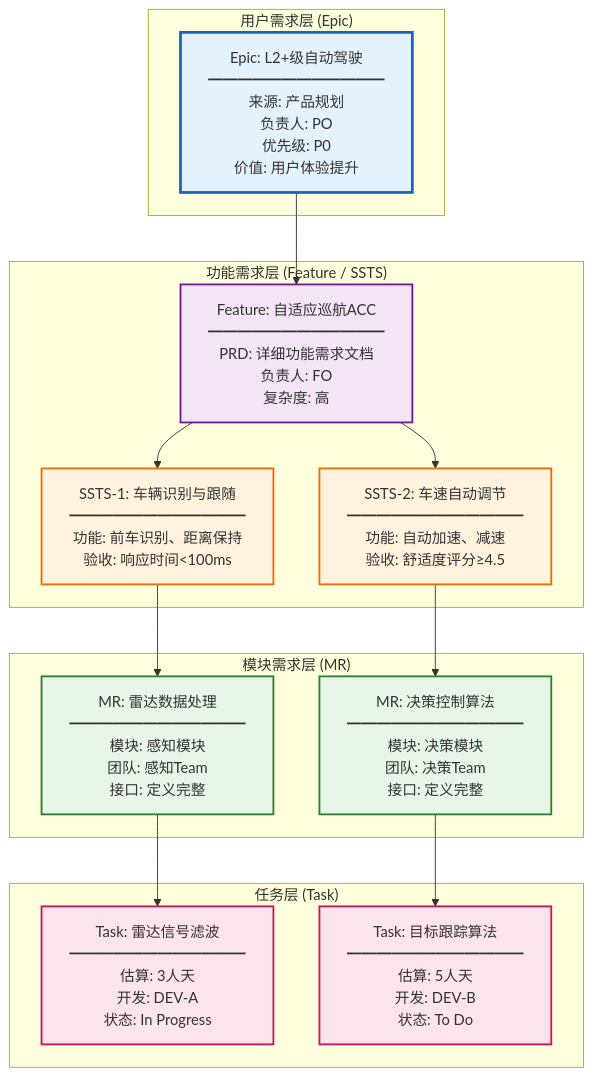
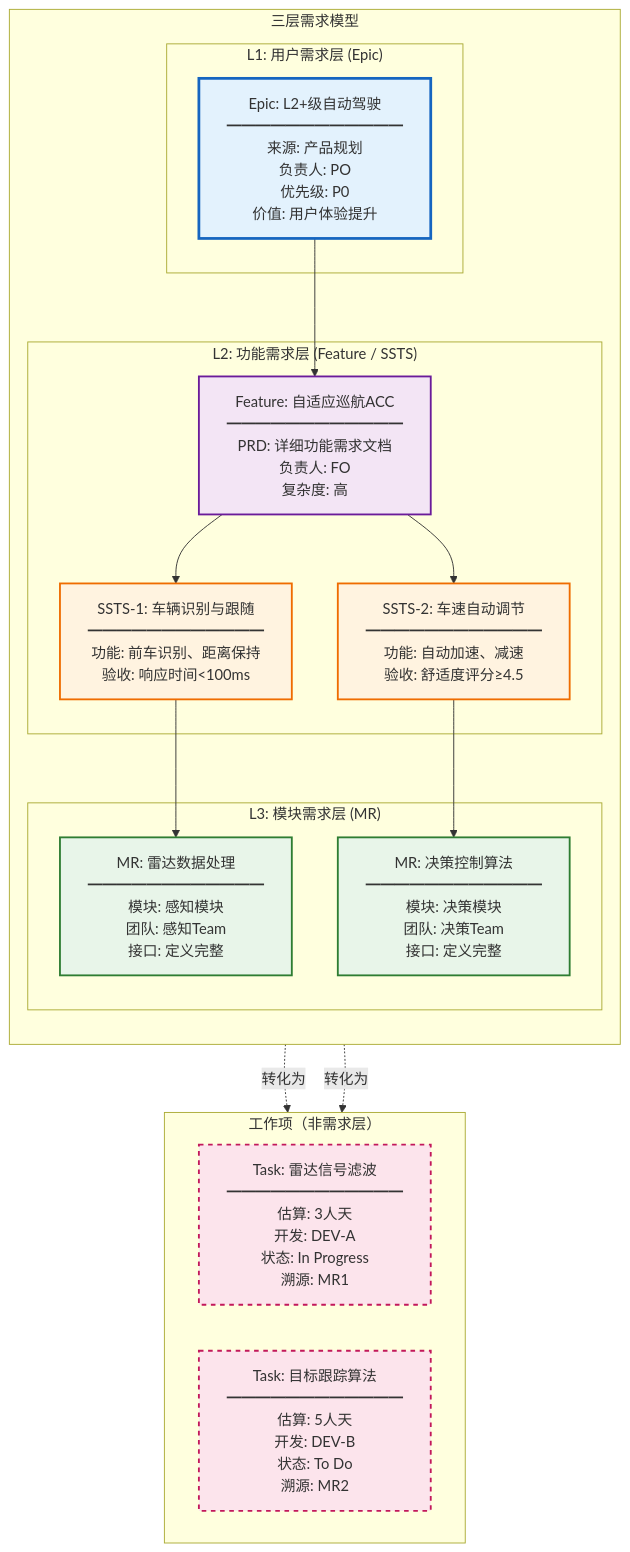
One commit to zjx-immersion/auto-rd-platform-prototype changed diagram 12 of 31 in platform-design/AUTO_RD_PLATFORM_DESIGN_MERMAID.md. Above: the diagram before and after it, drawn with Mermaid. The commit also changed other lines of this file, not shown here.

````diff
--- a/platform-design/AUTO_RD_PLATFORM_DESIGN_MERMAID.md
+++ b/platform-design/AUTO_RD_PLATFORM_DESIGN_MERMAID.md
@@ -461,43 +476,47 @@
 ```mermaid
 graph TB
-    subgraph Epic层["用户需求层 (Epic)"]
-        Epic1[Epic: L2+级自动驾驶<br/>━━━━━━━━━━━━<br/>来源: 产品规划<br/>负责人: PO<br/>优先级: P0<br/>价值: 用户体验提升]
+    subgraph 需求层["三层需求模型"]
+        direction TB
+        subgraph Epic层["L1: 用户需求层 (Epic)"]
+            Epic1[Epic: L2+级自动驾驶<br/>━━━━━━━━━━━━<br/>来源: 产品规划<br/>负责人: PO<br/>优先级: P0<br/>价值: 用户体验提升]
+        end
+
+        subgraph Feature层["L2: 功能需求层 (Feature / SSTS)"]
+            Feature1[Feature: 自适应巡航ACC<br/>━━━━━━━━━━━━<br/>PRD: 详细功能需求文档<br/>负责人: FO<br/>复杂度: 高]
+            
+            SSTS1[SSTS-1: 车辆识别与跟随<br/>━━━━━━━━━━━━<br/>功能: 前车识别、距离保持<br/>验收: 响应时间<100ms]
+            
+            SSTS2[SSTS-2: 车速自动调节<br/>━━━━━━━━━━━━<br/>功能: 自动加速、减速<br/>验收: 舒适度评分≥4.5]
+        end
+
+        subgraph Module层["L3: 模块需求层 (MR)"]
+            MR1[MR: 雷达数据处理<br/>━━━━━━━━━━━━<br/>模块: 感知模块<br/>团队: 感知Team<br/>接口: 定义完整]
+            
+            MR2[MR: 决策控制算法<br/>━━━━━━━━━━━━<br/>模块: 决策模块<br/>团队: 决策Team<br/>接口: 定义完整]
+        end
     end
 
-    subgraph Feature层["功能需求层 (Feature / SSTS)"]
-        Feature1[Feature: 自适应巡航ACC<br/>━━━━━━━━━━━━<br/>PRD: 详细功能需求文档<br/>负责人: FO<br/>复杂度: 高]
+    subgraph 工作项层["工作项（非需求层）"]
+        direction LR
+        Task1[Task: 雷达信号滤波<br/>━━━━━━━━━━━━<br/>估算: 3人天<br/>开发: DEV-A<br/>状态: In Progress<br/>溯源: MR1]
         
-        SSTS1[SSTS-1: 车辆识别与跟随<br/>━━━━━━━━━━━━<br/>功能: 前车识别、距离保持<br/>验收: 响应时间<100ms]
-        
-        SSTS2[SSTS-2: 车速自动调节<br/>━━━━━━━━━━━━<br/>功能: 自动加速、减速<br/>验收: 舒适度评分≥4.5]
-    end
-
-    subgraph Module层["模块需求层 (MR)"]
-        MR1[MR: 雷达数据处理<br/>━━━━━━━━━━━━<br/>模块: 感知模块<br/>团队: 感知Team<br/>接口: 定义完整]
-        
-        MR2[MR: 决策控制算法<br/>━━━━━━━━━━━━<br/>模块: 决策模块<br/>团队: 决策Team<br/>接口: 定义完整]
-    end
-
-    subgraph Task层["任务层 (Task)"]
-        Task1[Task: 雷达信号滤波<br/>━━━━━━━━━━━━<br/>估算: 3人天<br/>开发: DEV-A<br/>状态: In Progress]
-        
-        Task2[Task: 目标跟踪算法<br/>━━━━━━━━━━━━<br/>估算: 5人天<br/>开发: DEV-B<br/>状态: To Do]
+        Task2[Task: 目标跟踪算法<br/>━━━━━━━━━━━━<br/>估算: 5人天<br/>开发: DEV-B<br/>状态: To Do<br/>溯源: MR2]
     end
 
     Epic1 --> Feature1
     Feature1 --> SSTS1
     Feature1 --> SSTS2
     SSTS1 --> MR1
     SSTS2 --> MR2
-    MR1 --> Task1
-    MR2 --> Task2
+    MR1 -.转化为.-> Task1
+    MR2 -.转化为.-> Task2
 
     style Epic1 fill:#e3f2fd,stroke:#1565c0,stroke-width:3px
     style Feature1 fill:#f3e5f5,stroke:#6a1b9a,stroke-width:2px
     style SSTS1 fill:#fff3e0,stroke:#ef6c00,stroke-width:2px
     style SSTS2 fill:#fff3e0,stroke:#ef6c00,stroke-width:2px
     style MR1 fill:#e8f5e9,stroke:#2e7d32,stroke-width:2px
     style MR2 fill:#e8f5e9,stroke:#2e7d32,stroke-width:2px
-    style Task1 fill:#fce4ec,stroke:#c2185b,stroke-width:2px
-    style Task2 fill:#fce4ec,stroke:#c2185b,stroke-width:2px
+    style Task1 fill:#fce4ec,stroke:#c2185b,stroke-width:2px,stroke-dasharray: 5 5
+    style Task2 fill:#fce4ec,stroke:#c2185b,stroke-width:2px,stroke-dasharray: 5 5
 ```
````
